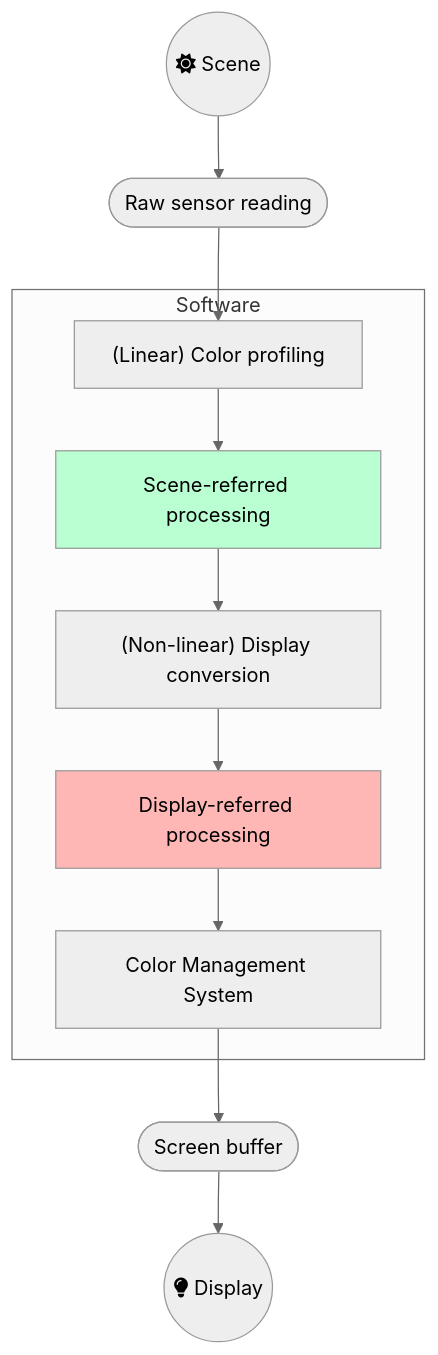
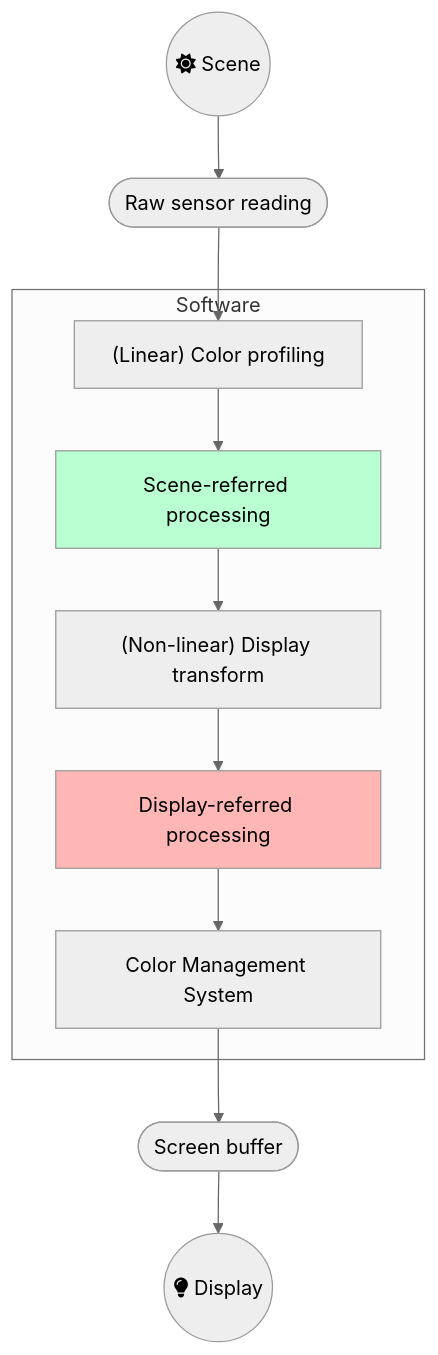
Before and after one commit to aurelienpierreeng/ansel-website: the second of 3 diagrams in content/workflows/scene-referred.md, drawn with Mermaid (neutral theme). The commit also changed other lines of this file and 16 other files, not shown here.

````diff
--- a/content/workflows/scene-referred.md
+++ b/content/workflows/scene-referred.md
@@ -36,19 +107,19 @@
 ```mermaid
 graph TD
     A((fa:fa-sun Scene)) --> B([Raw sensor reading]);
     B --> C;
 
     subgraph Software;
       C["(Linear) Color profiling"];
       C --> D[Scene-referred processing];
-      D --> E["(Non-linear) Display conversion"];
+      D --> E["(Non-linear) Display transform"];
       E --> I[Display-referred processing];
       I --> G[Color Management System];
     end;
 
     G --> H([Screen buffer]);
     H --> J((fa:fa-lightbulb Display));
 
     style D fill:#BAFFD2;
     style I fill:#FFB7B5;
 ```
````
